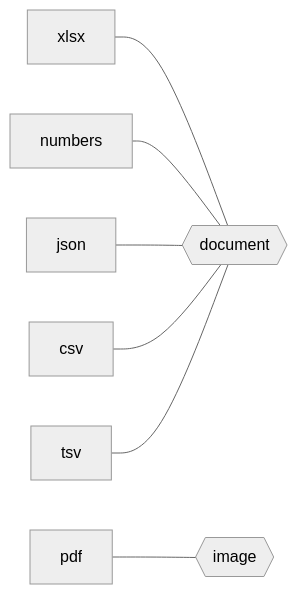
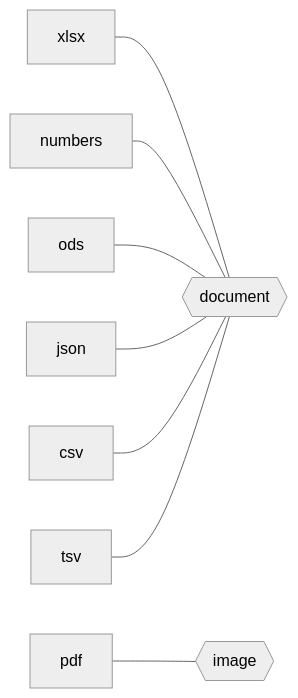
One commit to Chimi6/Sublime changed the fourth of 4 diagrams in DOCS/FORMATS.md. Above: the diagram before and after it, drawn with Mermaid (neutral theme). The commit also changed other lines of this file and 48 other files, not shown here.

````diff
--- a/DOCS/FORMATS.md
+++ b/DOCS/FORMATS.md
@@ -226,9 +232,10 @@
 ```mermaid
 graph LR
   xlsx --- document{{document}}
   numbers --- document{{document}}
+  ods --- document{{document}}
   json --- document{{document}}
   csv --- document{{document}}
   tsv --- document{{document}}
   pdf --- image{{image}}
 ```
````
